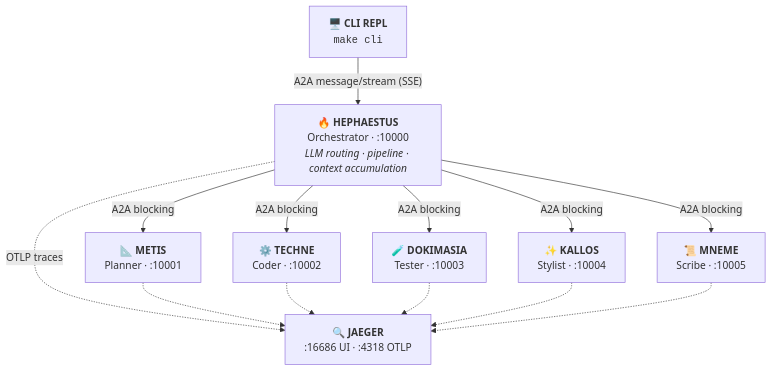
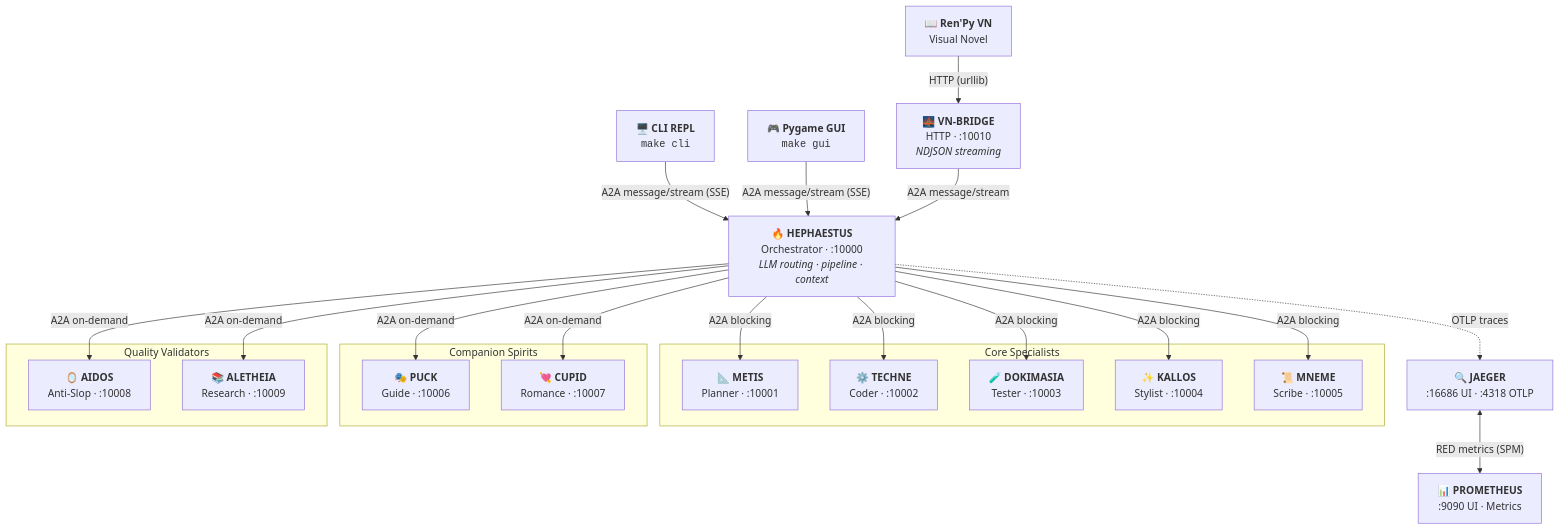
One commit to ajbarea/zensical-projects changed the diagram in kourai-khryseai/docs/architecture/index.md. Above: the diagram before and after it, drawn with Mermaid. The commit also changed other lines of this file and 50 other files, not shown here.

````diff
--- a/kourai-khryseai/docs/architecture/index.md
+++ b/kourai-khryseai/docs/architecture/index.md
@@ -5,24 +17,45 @@
 ```mermaid
 flowchart TD
     CLI["🖥️ <b>CLI REPL</b><br/><code>make cli</code>"]
-    HEP["🔥 <b>HEPHAESTUS</b><br/>Orchestrator · :10000<br/><i>LLM routing · pipeline · context accumulation</i>"]
-    MET["📐 <b>METIS</b><br/>Planner · :10001"]
-    TEC["⚙️ <b>TECHNE</b><br/>Coder · :10002"]
-    DOK["🧪 <b>DOKIMASIA</b><br/>Tester · :10003"]
-    KAL["✨ <b>KALLOS</b><br/>Stylist · :10004"]
-    MNE["📜 <b>MNEME</b><br/>Scribe · :10005"]
+    GUI["🎮 <b>Pygame GUI</b><br/><code>make gui</code>"]
+    VN["📖 <b>Ren'Py VN</b><br/>Visual Novel"]
+    HEP["🔥 <b>HEPHAESTUS</b><br/>Orchestrator · :10000<br/><i>LLM routing · pipeline · context</i>"]
+
+    subgraph core ["Core Specialists"]
+        MET["📐 <b>METIS</b><br/>Planner · :10001"]
+        TEC["⚙️ <b>TECHNE</b><br/>Coder · :10002"]
+        DOK["🧪 <b>DOKIMASIA</b><br/>Tester · :10003"]
+        KAL["✨ <b>KALLOS</b><br/>Stylist · :10004"]
+        MNE["📜 <b>MNEME</b><br/>Scribe · :10005"]
+    end
+
+    subgraph spirits ["Companion Spirits"]
+        PUC["🎭 <b>PUCK</b><br/>Guide · :10006"]
+        CUP["💘 <b>CUPID</b><br/>Romance · :10007"]
+    end
+
+    subgraph validators ["Quality Validators"]
+        AID["🪞 <b>AIDOS</b><br/>Anti-Slop · :10008"]
+        ALE["📚 <b>ALETHEIA</b><br/>Research · :10009"]
+    end
+
     JAE["🔍 <b>JAEGER</b><br/>:16686 UI · :4318 OTLP"]
+    PRO["📊 <b>PROMETHEUS</b><br/>:9090 UI · Metrics"]
 
     CLI -->|"A2A message/stream (SSE)"| HEP
+    GUI -->|"A2A message/stream (SSE)"| HEP
+    VNB["🌉 <b>VN-BRIDGE</b><br/>HTTP · :10010<br/><i>NDJSON streaming</i>"]
+    VN -->|"HTTP (urllib)"| VNB
+    VNB -->|"A2A message/stream"| HEP
     HEP -->|"A2A blocking"| MET
     HEP -->|"A2A blocking"| TEC
     HEP -->|"A2A blocking"| DOK
     HEP -->|"A2A blocking"| KAL
     HEP -->|"A2A blocking"| MNE
+    HEP -->|"A2A on-demand"| PUC
+    HEP -->|"A2A on-demand"| CUP
+    HEP -->|"A2A on-demand"| AID
+    HEP -->|"A2A on-demand"| ALE
     HEP -.->|"OTLP traces"| JAE
-    MET -.-> JAE
-    TEC -.-> JAE
-    DOK -.-> JAE
-    KAL -.-> JAE
-    MNE -.-> JAE
+    JAE <-->|"RED metrics (SPM)"| PRO
 ```
````
